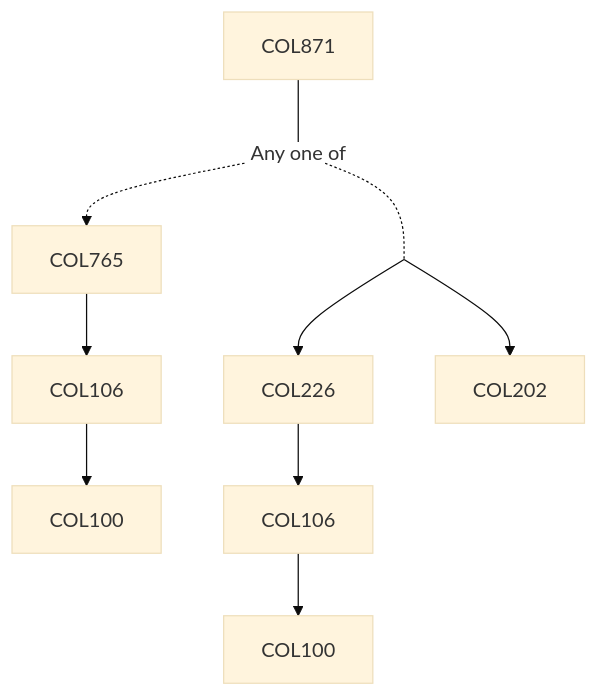
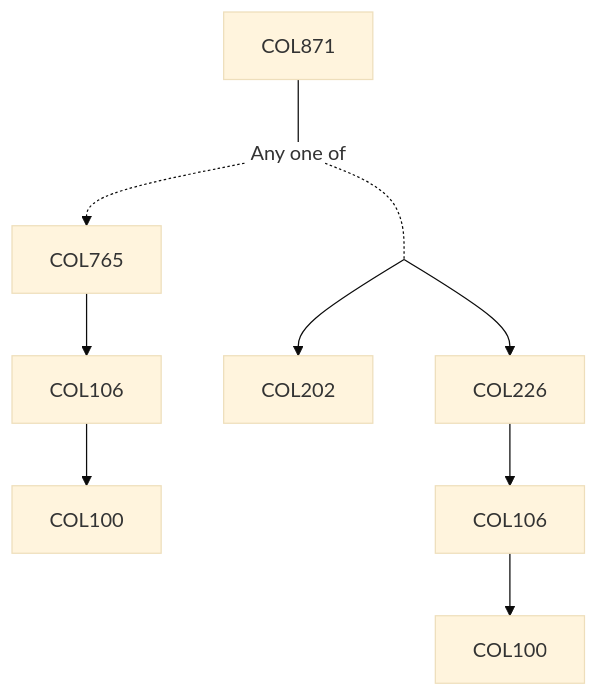
The diagram in content/Computer Science and Engineering/COL871.md (KeshavBansal0122/CoS_Website), drawn with Mermaid (base theme) before and after one commit. The commit also changed other lines of this file and 2662 other files, not shown here.

````diff
--- a/content/Computer Science and Engineering/COL871.md
+++ b/content/Computer Science and Engineering/COL871.md
@@ -13,16 +13,16 @@
 ```mermaid
 flowchart TD
 COL871-1340[COL871]
 COL871-1340 --- Or1341[Any one of]:::empty
 COL765-1342 --> COL106-1342[COL106]
 COL106-1342 --> COL100-1342[COL100]
 Or1341 -.-> COL765-1342[COL765]
 Or1341 -.- and1343[ ]:::trueEmpty
+and1343 --> COL202-1343[COL202]
+COL106-1343 --> COL100-1343[COL100]
 and1343 --> COL226-1343[COL226]
-COL106-1343 --> COL100-1343[COL100]
-and1343 --> COL202-1343[COL202]
 COL226-1343 --> COL106-1343[COL106]
 
 classDef empty height:17px, fill:transparent, stroke:transparent;
 classDef trueEmpty height:0px, width:0px;
 ```
````
